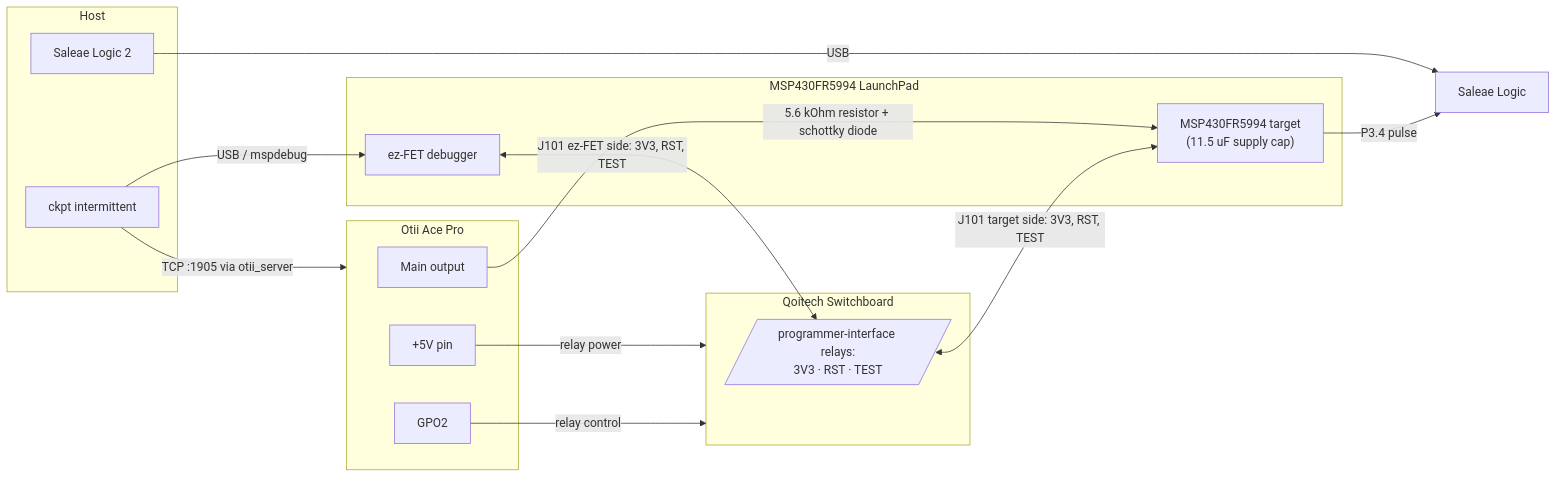
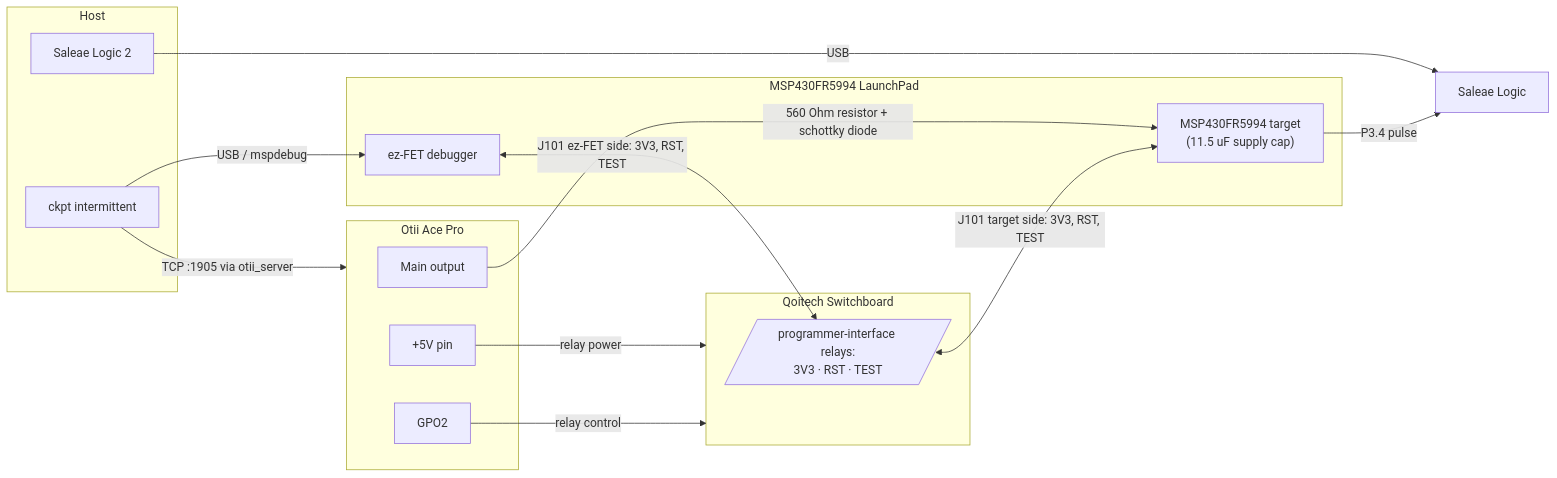
One commit to byeongjee/bao changed the diagram in docs/intermittent.md. Above: the diagram before and after it, drawn with Mermaid. The commit also changed other lines of this file, not shown here.

Commit message:
Document the actual 560 Ohm series resistor

````diff
--- a/docs/intermittent.md
+++ b/docs/intermittent.md
@@ -35,35 +35,35 @@
 ```mermaid
 flowchart LR
     subgraph HOST[Host]
         ckpt[ckpt intermittent]
         logic2[Saleae Logic 2]
     end
 
     subgraph OTII[Otii Ace Pro]
         main[Main output]
         p5v[+5V pin]
         gpo2[GPO2]
     end
 
     subgraph SB[Qoitech Switchboard]
         relay[/"programmer-interface relays:<br/>3V3 · RST · TEST"/]
     end
 
     subgraph LP[MSP430FR5994 LaunchPad]
         ezfet[ez-FET debugger]
         mcu["MSP430FR5994 target<br/>(11.5 uF supply cap)"]
     end
 
     saleae[Saleae Logic]
 
     ckpt -->|USB / mspdebug| ezfet
     ckpt -->|TCP :1905 via otii_server| OTII
     logic2 -->|USB| saleae
 
-    main -->|5.6 kOhm resistor + schottky diode| mcu
+    main -->|560 Ohm resistor + schottky diode| mcu
     p5v -->|relay power| SB
     gpo2 -->|relay control| SB
     ezfet <-->|"J101 ez-FET side: 3V3, RST, TEST"| relay
     relay <-->|"J101 target side: 3V3, RST, TEST"| mcu
     mcu -->|P3.4 pulse| saleae
 ```
````
